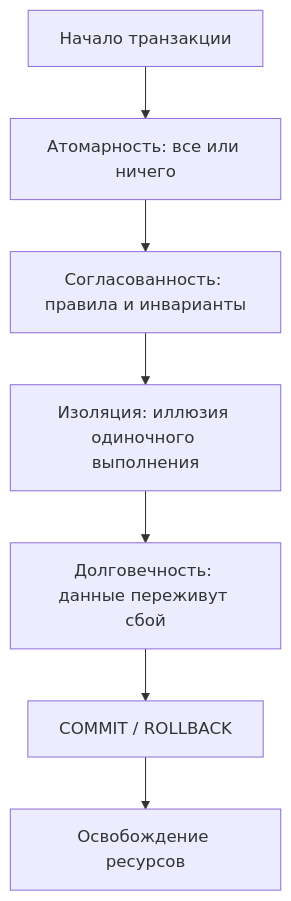
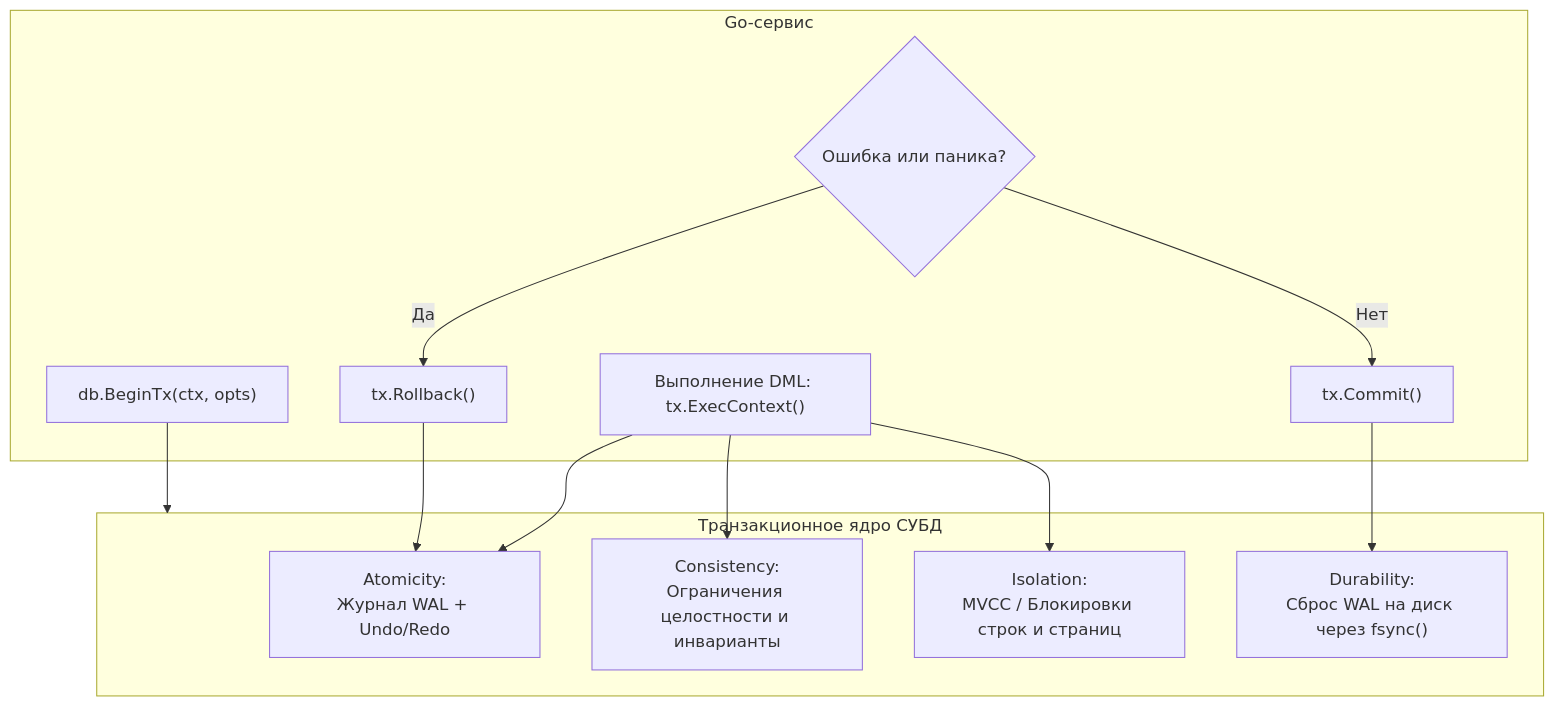
Before and after one commit to UnrealTemplier/go-textbook: the first of 2 diagrams in sources/12. Базы данных/05. Транзакции и внутренности/1. ACID. Основы.md, drawn with Mermaid. The commit also changed other lines of this file, not shown here.

````diff
--- a/sources/12. Базы данных/05. Транзакции и внутренности/1. ACID. Основы.md
+++ b/sources/12. Базы данных/05. Транзакции и внутренности/1. ACID. Основы.md
@@ -12,9 +14,26 @@
 ```mermaid
 flowchart TD
-    A["Начало транзакции"] --> B["Атомарность: все или ничего"]
-    B --> C["Согласованность: правила и инварианты"]
-    C --> D["Изоляция: иллюзия одиночного выполнения"]
-    D --> E["Долговечность: данные переживут сбой"]
-    E --> F["COMMIT / ROLLBACK"]
-    F --> G["Освобождение ресурсов"]
+    subgraph Client["Go-сервис"]
+        TxBegin["db.BeginTx(ctx, opts)"]
+        TxExec["Выполнение DML: tx.ExecContext()"]
+        TxDecision{"Ошибка или паника?"}
+        TxRollback["tx.Rollback()"]
+        TxCommit["tx.Commit()"]
+    end
+
+    subgraph DBEngine["Транзакционное ядро СУБД"]
+        A["Atomicity:<br>Журнал WAL + Undo/Redo"]
+        C["Consistency:<br>Ограничения целостности и инварианты"]
+        I["Isolation:<br>MVCC / Блокировки строк и страниц"]
+        D["Durability:<br>Сброс WAL на диск через fsync()"]
+    end
+
+    TxBegin --> DBEngine
+    TxExec --> A
+    TxExec --> C
+    TxExec --> I
+    TxDecision -- "Да" --> TxRollback
+    TxDecision -- "Нет" --> TxCommit
+    TxCommit --> D
+    TxRollback --> A
 ```
````
